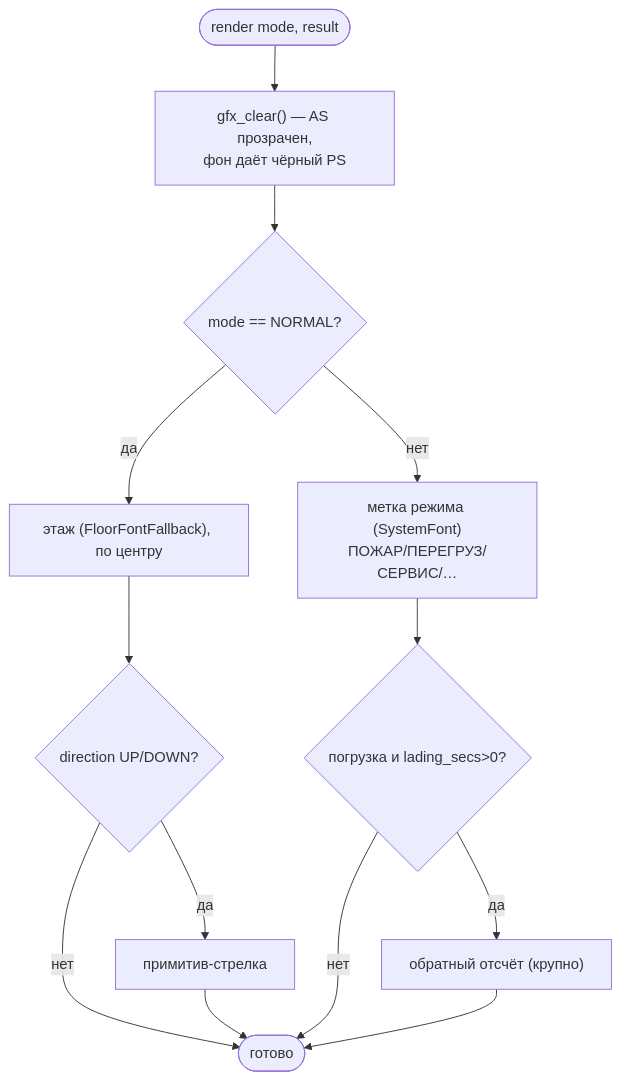
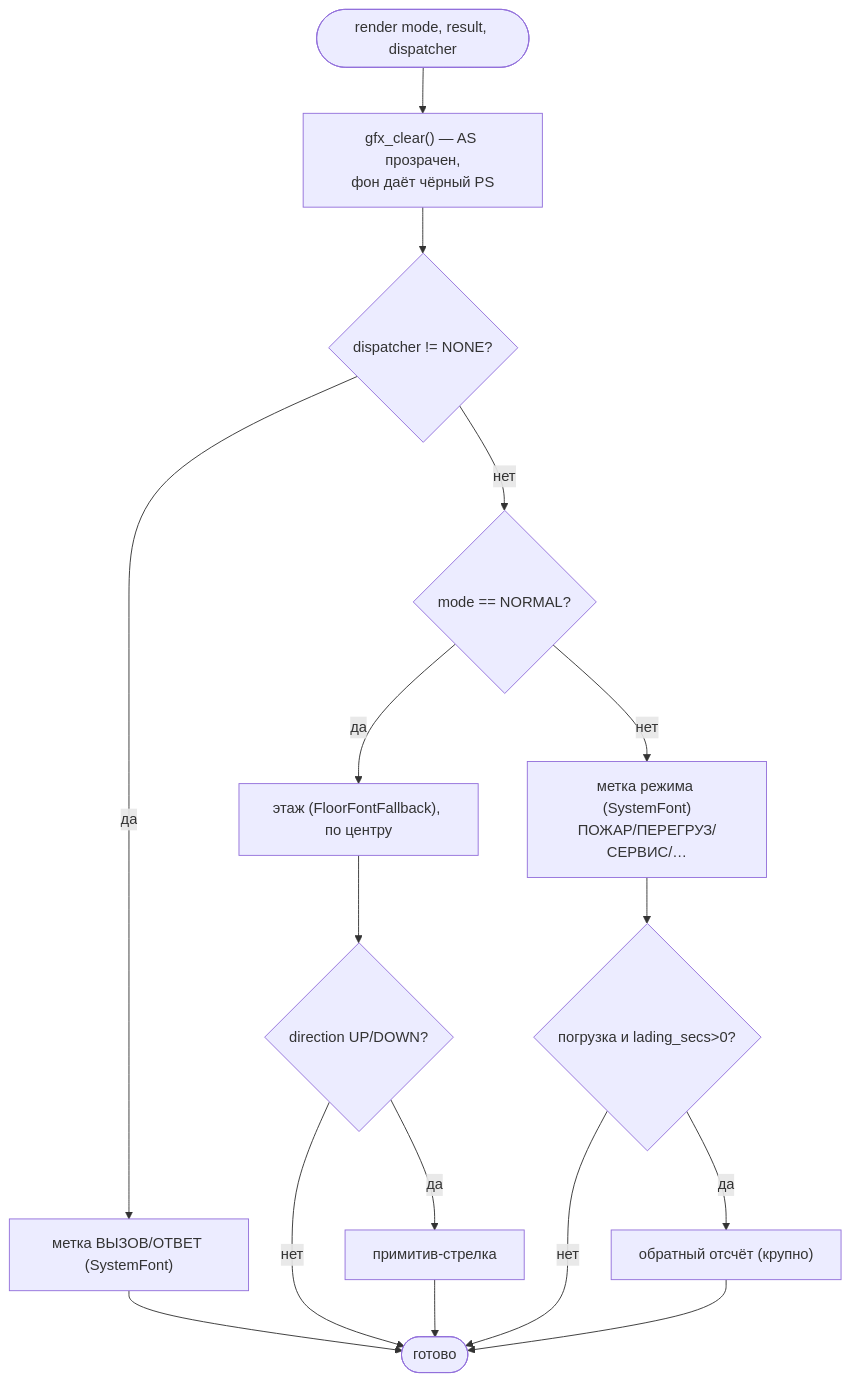
One commit to OSabuser/tft_manufacture_test changed the first of 3 diagrams in docs/tft_app/FALLBACK.md. Above: the diagram before and after it, drawn with Mermaid. The commit also changed other lines of this file and 52 other files, not shown here.

````diff
--- a/docs/tft_app/FALLBACK.md
+++ b/docs/tft_app/FALLBACK.md
@@ -27,15 +28,18 @@
 ```mermaid
 flowchart TD
-    START([render mode, result]) --> CLR["gfx_clear() — AS прозрачен,<br/>фон даёт чёрный PS"]
-    CLR --> Q{"mode == NORMAL?"}
+    START([render mode, result, dispatcher]) --> CLR["gfx_clear() — AS прозрачен,<br/>фон даёт чёрный PS"]
+    CLR --> DSP{"dispatcher != NONE?"}
+    DSP -->|да| DLBL["метка ВЫЗОВ/ОТВЕТ (SystemFont)"]
+    DLBL --> DONE([готово])
+    DSP -->|нет| Q{"mode == NORMAL?"}
     Q -->|да| POS["этаж (FloorFontFallback), по центру"]
     POS --> ARR{"direction UP/DOWN?"}
     ARR -->|да| DRAWARR["примитив-стрелка"]
-    ARR -->|нет| DONE([готово])
+    ARR -->|нет| DONE
     DRAWARR --> DONE
     Q -->|нет| LBL["метка режима (SystemFont)<br/>ПОЖАР/ПЕРЕГРУЗ/СЕРВИС/…"]
     LBL --> LAD{"погрузка и lading_secs>0?"}
     LAD -->|да| CNT["обратный отсчёт (крупно)"]
     LAD -->|нет| DONE
     CNT --> DONE
 ```
````
